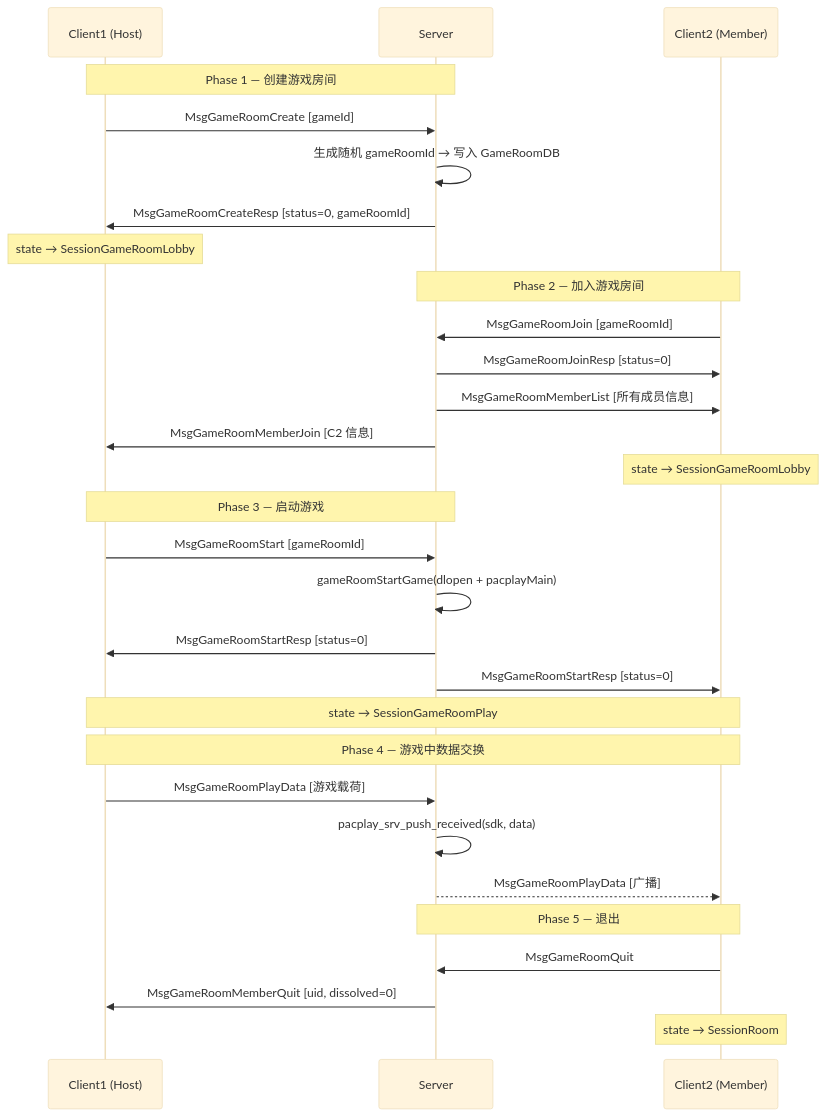
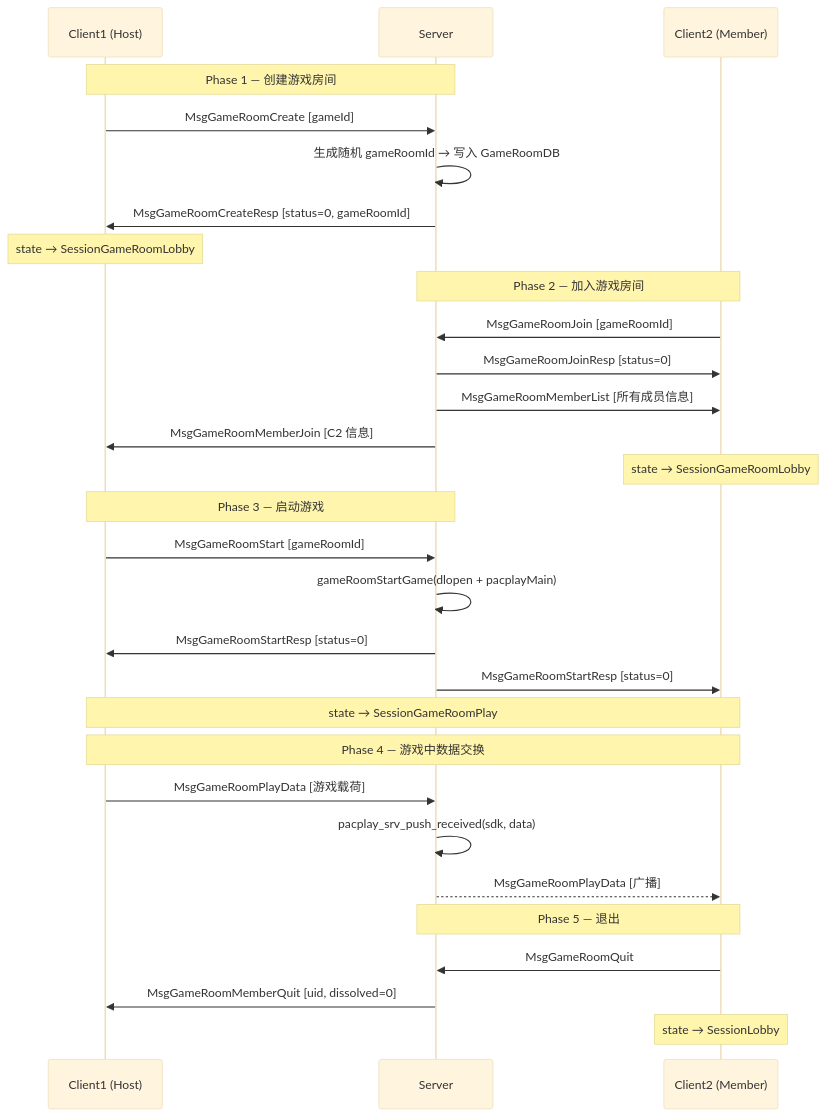
Diagram 27 of 32 in docs/API.md (WinstonMeursault/PacPlay), drawn with Mermaid (base theme) before and after one commit. The commit also changed other lines of this file and 60 other files, not shown here.

````diff
--- a/docs/API.md
+++ b/docs/API.md
@@ -3112,36 +3313,36 @@
 ```mermaid
 sequenceDiagram
     participant C1 as Client1 (Host)
     participant S as Server
     participant C2 as Client2 (Member)
 
     Note over C1,S: Phase 1 — 创建游戏房间
     C1->>S: MsgGameRoomCreate [gameId]
     S->>S: 生成随机 gameRoomId → 写入 GameRoomDB
     S->>C1: MsgGameRoomCreateResp [status=0, gameRoomId]
     Note over C1: state → SessionGameRoomLobby
 
     Note over C2,S: Phase 2 — 加入游戏房间
     C2->>S: MsgGameRoomJoin [gameRoomId]
     S->>C2: MsgGameRoomJoinResp [status=0]
     S->>C2: MsgGameRoomMemberList [所有成员信息]
     S->>C1: MsgGameRoomMemberJoin [C2 信息]
     Note over C2: state → SessionGameRoomLobby
 
     Note over C1,S: Phase 3 — 启动游戏
     C1->>S: MsgGameRoomStart [gameRoomId]
     S->>S: gameRoomStartGame(dlopen + pacplayMain)
     S->>C1: MsgGameRoomStartResp [status=0]
     S->>C2: MsgGameRoomStartResp [status=0]
     Note over C1,C2: state → SessionGameRoomPlay
 
     Note over C1,C2: Phase 4 — 游戏中数据交换
     C1->>S: MsgGameRoomPlayData [游戏载荷]
     S->>S: pacplay_srv_push_received(sdk, data)
     S-->>C2: MsgGameRoomPlayData [广播]
 
     Note over C2,S: Phase 5 — 退出
     C2->>S: MsgGameRoomQuit
     S->>C1: MsgGameRoomMemberQuit [uid, dissolved=0]
-    Note over C2: state → SessionRoom
+    Note over C2: state → SessionLobby
 ```
````
